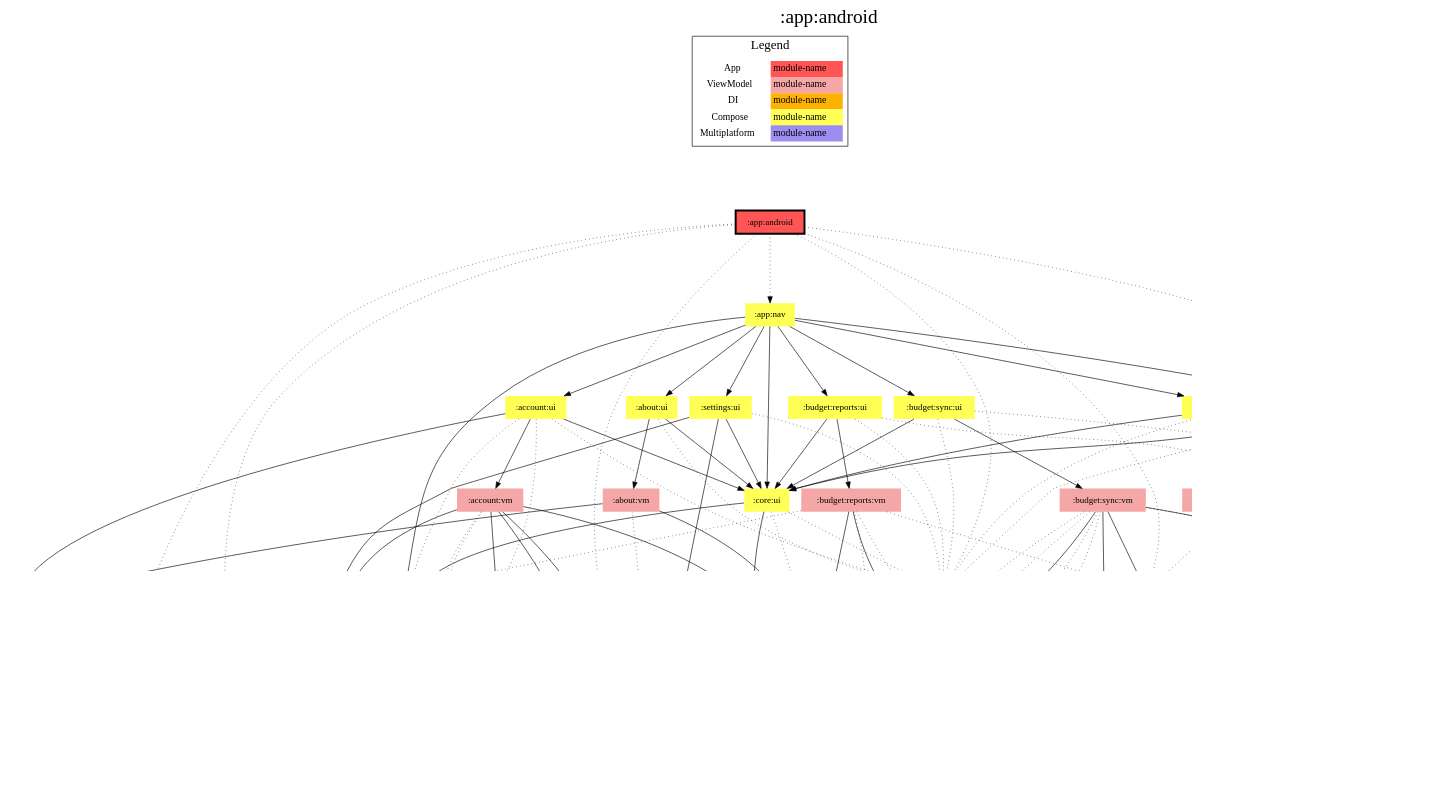
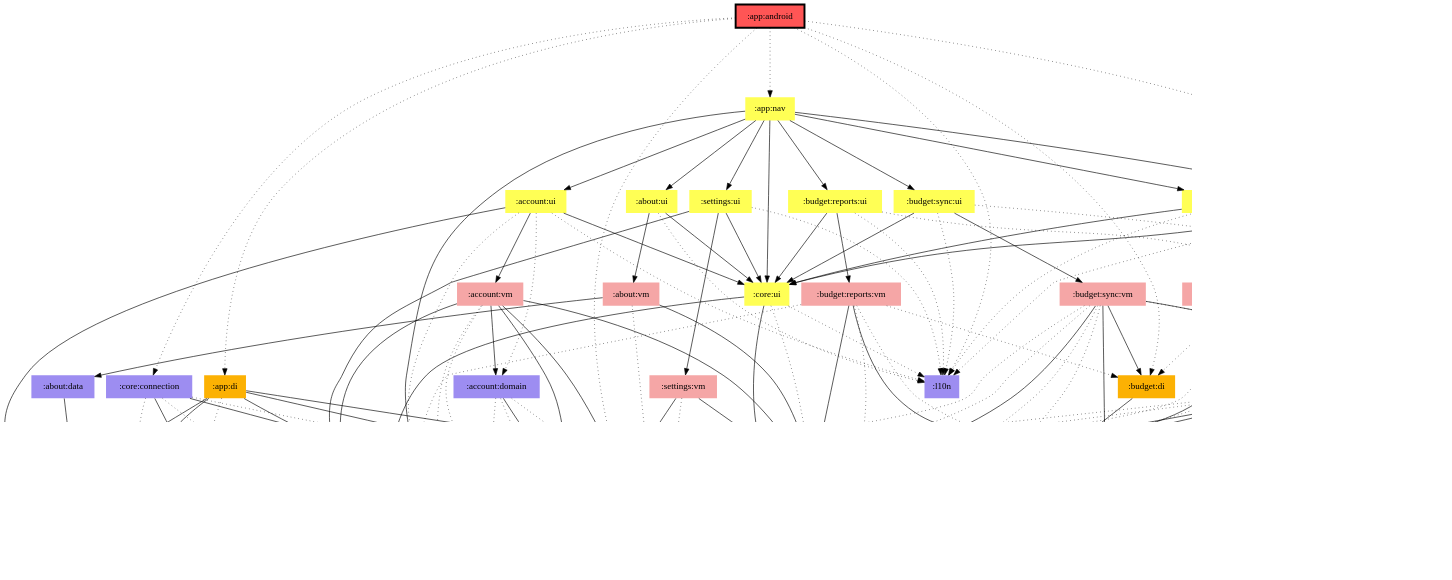
The diagram in app/android/modules.dot (jonapoul/aktual), drawn with Graphviz before and after one commit. The commit also changed 96 other files, not shown here.

First line of the commit message:
Rework diagram generation (#465)

```diff
--- a/app/android/modules.dot
+++ b/app/android/modules.dot
@@ -1,184 +1,166 @@
 digraph {
 edge ["dir"="forward"]
-graph ["dpi"="100","label"=":app:android","labelloc"="t","fontsize"="30","ranksep"="1.5","rankdir"="TB"]
+graph ["dpi"="100","fontsize"="30","ranksep"="1.5","rankdir"="TB"]
 node ["style"="filled"]
 ":about:data" ["fillcolor"="#9D8DF1","shape"="none"]
 ":about:ui" ["fillcolor"="#FFFF55","shape"="none"]
 ":about:vm" ["fillcolor"="#F5A6A6","shape"="none"]
 ":account:domain" ["fillcolor"="#9D8DF1","shape"="none"]
 ":account:model" ["fillcolor"="#9D8DF1","shape"="none"]
 ":account:ui" ["fillcolor"="#FFFF55","shape"="none"]
 ":account:vm" ["fillcolor"="#F5A6A6","shape"="none"]
 ":api:actual" ["fillcolor"="#9D8DF1","shape"="none"]
 ":api:builder" ["fillcolor"="#9D8DF1","shape"="none"]
 ":api:github" ["fillcolor"="#9D8DF1","shape"="none"]
 ":app:android" ["fillcolor"="#FF5555","color"="black","penwidth"="3","shape"="box"]
 ":app:di" ["fillcolor"="#FCB103","shape"="none"]
 ":app:nav" ["fillcolor"="#FFFF55","shape"="none"]
 ":budget:data" ["fillcolor"="#9D8DF1","shape"="none"]
 ":budget:di" ["fillcolor"="#FCB103","shape"="none"]
 ":budget:encryption" ["fillcolor"="#9D8DF1","shape"="none"]
 ":budget:list:ui" ["fillcolor"="#FFFF55","shape"="none"]
 ":budget:list:vm" ["fillcolor"="#F5A6A6","shape"="none"]
 ":budget:model" ["fillcolor"="#9D8DF1","shape"="none"]
 ":budget:reports:ui" ["fillcolor"="#FFFF55","shape"="none"]
 ":budget:reports:vm" ["fillcolor"="#F5A6A6","shape"="none"]
 ":budget:sync:ui" ["fillcolor"="#FFFF55","shape"="none"]
 ":budget:sync:vm" ["fillcolor"="#F5A6A6","shape"="none"]
 ":budget:transactions:ui" ["fillcolor"="#FFFF55","shape"="none"]
 ":budget:transactions:vm" ["fillcolor"="#F5A6A6","shape"="none"]
 ":codegen:annotation" ["fillcolor"="#9D8DF1","shape"="none"]
 ":core:connection" ["fillcolor"="#9D8DF1","shape"="none"]
 ":core:di" ["fillcolor"="#FCB103","shape"="none"]
 ":core:model" ["fillcolor"="#9D8DF1","shape"="none"]
 ":core:ui" ["fillcolor"="#FFFF55","shape"="none"]
 ":l10n" ["fillcolor"="#9D8DF1","shape"="none"]
 ":logging" ["fillcolor"="#9D8DF1","shape"="none"]
 ":prefs" ["fillcolor"="#9D8DF1","shape"="none"]
 ":settings:ui" ["fillcolor"="#FFFF55","shape"="none"]
 ":settings:vm" ["fillcolor"="#F5A6A6","shape"="none"]
-{
-edge ["dir"="none"]
-graph ["rank"="same"]
-":app:android"
-}
 ":about:data" -> ":api:github"
 ":about:ui" -> ":about:vm"
 ":about:ui" -> ":core:ui"
 ":about:ui" -> ":l10n" ["style"="dotted"]
 ":about:vm" -> ":about:data"
 ":about:vm" -> ":core:di"
 ":about:vm" -> ":logging" ["style"="dotted"]
 ":account:domain" -> ":account:model"
 ":account:domain" -> ":api:actual" ["style"="dotted"]
 ":account:domain" -> ":logging" ["style"="dotted"]
 ":account:domain" -> ":prefs" ["style"="dotted"]
 ":account:ui" -> ":account:domain" ["style"="dotted"]
 ":account:ui" -> ":account:vm"
 ":account:ui" -> ":core:model"
 ":account:ui" -> ":core:ui"
 ":account:ui" -> ":l10n" ["style"="dotted"]
 ":account:ui" -> ":logging" ["style"="dotted"]
 ":account:vm" -> ":account:domain"
 ":account:vm" -> ":account:model"
 ":account:vm" -> ":api:actual" ["style"="dotted"]
 ":account:vm" -> ":core:di"
 ":account:vm" -> ":core:model"
 ":account:vm" -> ":logging" ["style"="dotted"]
 ":account:vm" -> ":prefs"
 ":api:actual" -> ":account:model"
 ":api:actual" -> ":budget:model"
 ":api:actual" -> ":codegen:annotation" ["style"="dotted"]
 ":api:actual" -> ":core:model"
 ":api:builder" -> ":core:model"
 ":api:builder" -> ":logging" ["style"="dotted"]
 ":api:github" -> ":codegen:annotation" ["style"="dotted"]
 ":api:github" -> ":core:model"
 ":app:android" -> ":app:di" ["style"="dotted"]
 ":app:android" -> ":app:nav" ["style"="dotted"]
 ":app:android" -> ":budget:di" ["style"="dotted"]
 ":app:android" -> ":core:connection" ["style"="dotted"]
 ":app:android" -> ":core:di" ["style"="dotted"]
 ":app:android" -> ":l10n" ["style"="dotted"]
 ":app:android" -> ":prefs" ["style"="dotted"]
 ":app:di" -> ":api:builder" ["style"="dotted"]
 ":app:di" -> ":api:github"
 ":app:di" -> ":budget:model"
 ":app:di" -> ":core:di"
 ":app:di" -> ":core:model"
 ":app:di" -> ":prefs"
 ":app:nav" -> ":about:ui"
 ":app:nav" -> ":account:ui"
 ":app:nav" -> ":budget:list:ui"
 ":app:nav" -> ":budget:reports:ui"
 ":app:nav" -> ":budget:sync:ui"
 ":app:nav" -> ":budget:transactions:ui"
 ":app:nav" -> ":core:ui"
 ":app:nav" -> ":logging"
 ":app:nav" -> ":settings:ui"
 ":budget:data" -> ":budget:model"
 ":budget:data" -> ":core:model"
 ":budget:data" -> ":logging" ["style"="dotted"]
 ":budget:di" -> ":budget:data"
 ":budget:encryption" -> ":account:model"
 ":budget:encryption" -> ":budget:model"
 ":budget:encryption" -> ":core:model"
 ":budget:list:ui" -> ":account:model" ["style"="dotted"]
 ":budget:list:ui" -> ":budget:list:vm"
 ":budget:list:ui" -> ":budget:model" ["style"="dotted"]
 ":budget:list:ui" -> ":core:ui"
 ":budget:list:ui" -> ":l10n" ["style"="dotted"]
 ":budget:list:vm" -> ":account:model" ["style"="dotted"]
 ":budget:list:vm" -> ":api:actual" ["style"="dotted"]
 ":budget:list:vm" -> ":budget:model"
 ":budget:list:vm" -> ":core:di"
 ":budget:list:vm" -> ":core:model"
 ":budget:list:vm" -> ":logging" ["style"="dotted"]
 ":budget:list:vm" -> ":prefs" ["style"="dotted"]
 ":budget:reports:ui" -> ":account:model" ["style"="dotted"]
 ":budget:reports:ui" -> ":budget:reports:vm"
 ":budget:reports:ui" -> ":core:ui"
 ":budget:reports:ui" -> ":l10n" ["style"="dotted"]
 ":budget:reports:vm" -> ":account:model" ["style"="dotted"]
 ":budget:reports:vm" -> ":budget:di" ["style"="dotted"]
 ":budget:reports:vm" -> ":budget:model"
 ":budget:reports:vm" -> ":core:di"
 ":budget:reports:vm" -> ":core:model" ["style"="dotted"]
 ":budget:reports:vm" -> ":logging" ["style"="dotted"]
 ":budget:sync:ui" -> ":account:model" ["style"="dotted"]
 ":budget:sync:ui" -> ":budget:sync:vm"
 ":budget:sync:ui" -> ":core:ui"
 ":budget:sync:ui" -> ":l10n" ["style"="dotted"]
 ":budget:sync:vm" -> ":account:model" ["style"="dotted"]
 ":budget:sync:vm" -> ":api:actual" ["style"="dotted"]
 ":budget:sync:vm" -> ":budget:di"
 ":budget:sync:vm" -> ":budget:encryption"
 ":budget:sync:vm" -> ":budget:model"
 ":budget:sync:vm" -> ":core:di"
 ":budget:sync:vm" -> ":core:model" ["style"="dotted"]
 ":budget:sync:vm" -> ":logging" ["style"="dotted"]
 ":budget:sync:vm" -> ":prefs" ["style"="dotted"]
 ":budget:transactions:ui" -> ":account:model" ["style"="dotted"]
 ":budget:transactions:ui" -> ":budget:model"
 ":budget:transactions:ui" -> ":budget:transactions:vm"
 ":budget:transactions:ui" -> ":core:ui"
 ":budget:transactions:ui" -> ":l10n" ["style"="dotted"]
 ":budget:transactions:vm" -> ":account:model" ["style"="dotted"]
 ":budget:transactions:vm" -> ":budget:data"
 ":budget:transactions:vm" -> ":budget:di" ["style"="dotted"]
 ":budget:transactions:vm" -> ":budget:model"
 ":budget:transactions:vm" -> ":core:di"
 ":budget:transactions:vm" -> ":logging" ["style"="dotted"]
 ":budget:transactions:vm" -> ":prefs" ["style"="dotted"]
 ":core:connection" -> ":api:actual"
 ":core:connection" -> ":api:builder"
 ":core:connection" -> ":core:model" ["style"="dotted"]
 ":core:connection" -> ":logging" ["style"="dotted"]
 ":core:connection" -> ":prefs" ["style"="dotted"]
 ":core:ui" -> ":budget:model"
 ":core:ui" -> ":core:di" ["style"="dotted"]
 ":core:ui" -> ":core:model"
 ":core:ui" -> ":l10n" ["style"="dotted"]
 ":prefs" -> ":account:model"
 ":prefs" -> ":core:model"
 ":settings:ui" -> ":core:model"
 ":settings:ui" -> ":core:ui"
 ":settings:ui" -> ":l10n" ["style"="dotted"]
 ":settings:ui" -> ":settings:vm"
 ":settings:vm" -> ":core:di"
 ":settings:vm" -> ":logging" ["style"="dotted"]
 ":settings:vm" -> ":prefs"
-subgraph "cluster_legend" {
-edge ["dir"="none"]
-graph ["label"="Legend","fontsize"="20"]
-"Legend" ["style"="filled","fillcolor"="#FFFFFF","shape"="none","margin"="0","fontsize"="15","label"=<
-<TABLE BORDER="0" CELLBORDER="0" CELLSPACING="0" CELLPADDING="4">
-<TR><TD>App</TD><TD BGCOLOR="#FF5555">module-name</TD></TR>
-<TR><TD>ViewModel</TD><TD BGCOLOR="#F5A6A6">module-name</TD></TR>
-<TR><TD>DI</TD><TD BGCOLOR="#FCB103">module-name</TD></TR>
-<TR><TD>Compose</TD><TD BGCOLOR="#FFFF55">module-name</TD></TR>
-<TR><TD>Multiplatform</TD><TD BGCOLOR="#9D8DF1">module-name</TD></TR>
-</TABLE>
->]
-} -> ":app:android" ["style"="invis"]
 }
```
